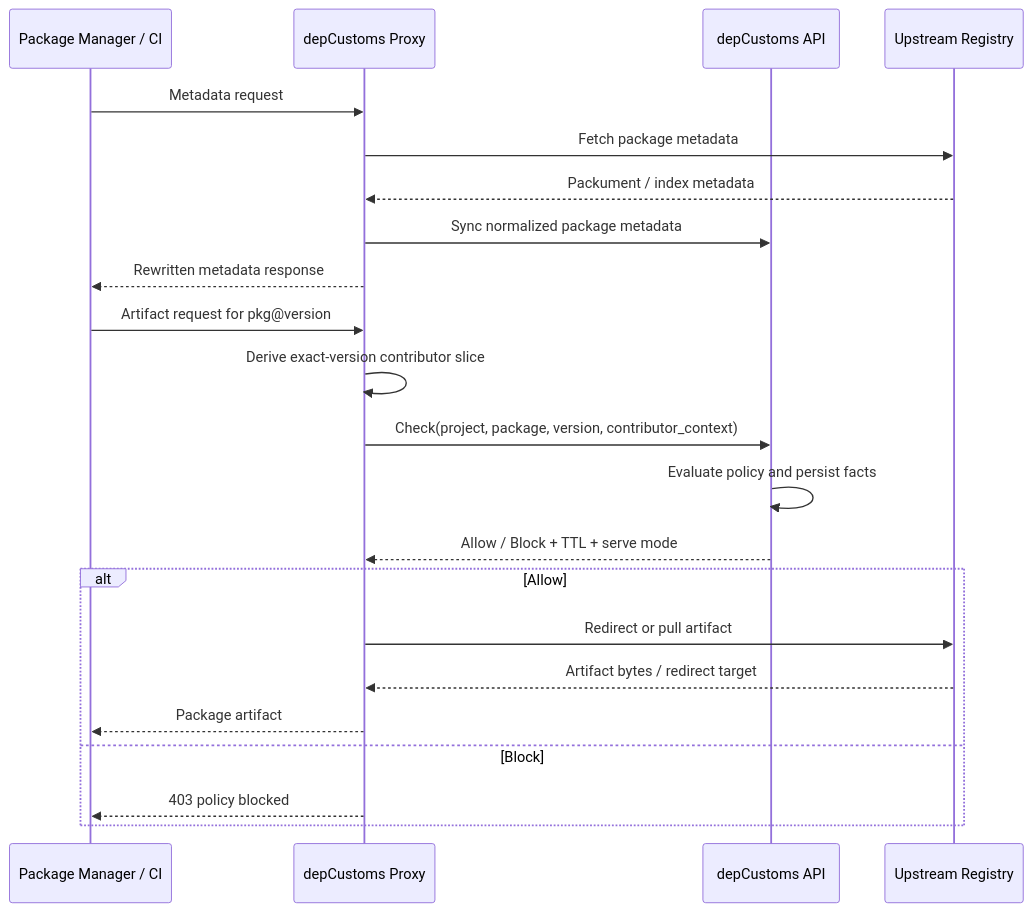
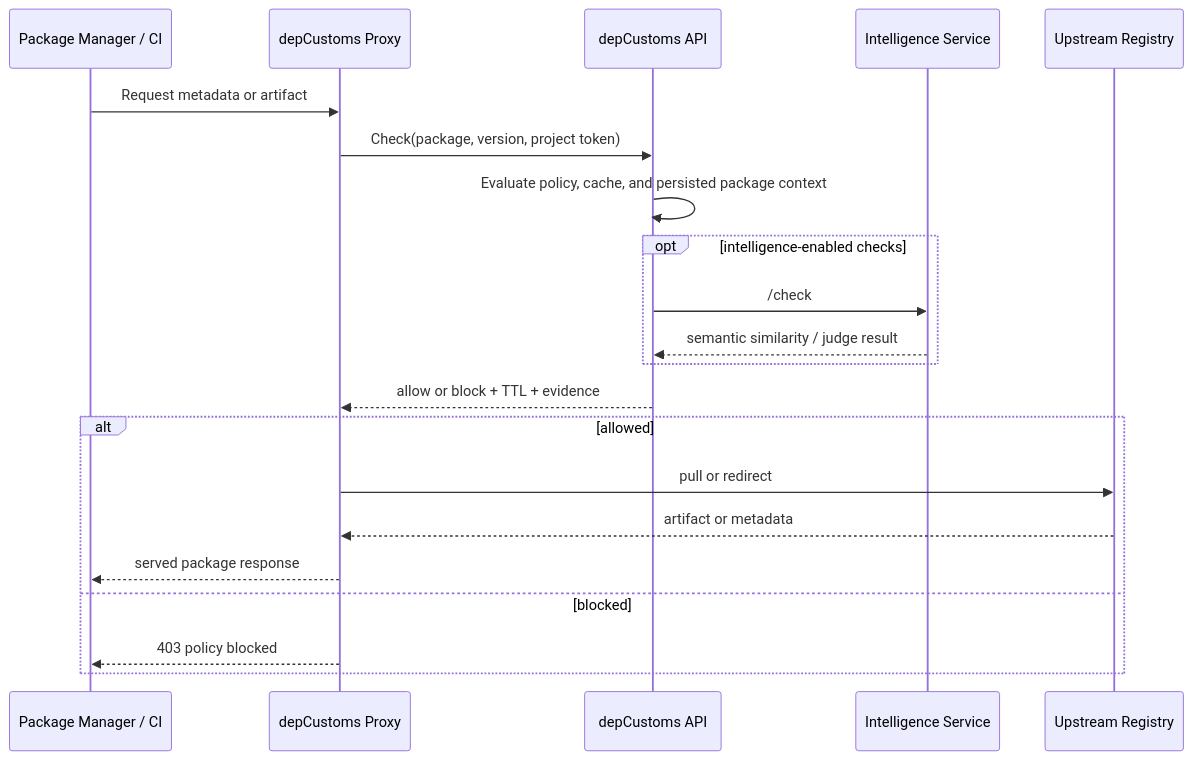
The second of 2 diagrams in README.md (DigitalBites/depCustoms), drawn with Mermaid before and after one commit. The commit also changed other lines of this file and 24 other files, not shown here.

````diff
--- a/README.md
+++ b/README.md
@@ -57,26 +205,24 @@
 ```mermaid
 sequenceDiagram
   participant Client as Package Manager / CI
   participant Proxy as depCustoms Proxy
   participant API as depCustoms API
+  participant Intel as Intelligence Service
   participant Registry as Upstream Registry
 
-  Client->>Proxy: Metadata request
-  Proxy->>Registry: Fetch package metadata
-  Registry-->>Proxy: Packument / index metadata
-  Proxy->>API: Sync normalized package metadata
-  Proxy-->>Client: Rewritten metadata response
-
-  Client->>Proxy: Artifact request for pkg@version
-  Proxy->>Proxy: Derive exact-version contributor slice
-  Proxy->>API: Check(project, package, version, contributor_context)
-  API->>API: Evaluate policy and persist facts
-  API-->>Proxy: Allow / Block + TTL + serve mode
-  alt Allow
-    Proxy->>Registry: Redirect or pull artifact
-    Registry-->>Proxy: Artifact bytes / redirect target
-    Proxy-->>Client: Package artifact
-  else Block
+  Client->>Proxy: Request metadata or artifact
+  Proxy->>API: Check(package, version, project token)
+  API->>API: Evaluate policy, cache, and persisted package context
+  opt intelligence-enabled checks
+    API->>Intel: /check
+    Intel-->>API: semantic similarity / judge result
+  end
+  API-->>Proxy: allow or block + TTL + evidence
+  alt allowed
+    Proxy->>Registry: pull or redirect
+    Registry-->>Proxy: artifact or metadata
+    Proxy-->>Client: served package response
+  else blocked
     Proxy-->>Client: 403 policy blocked
   end
 ```
````
